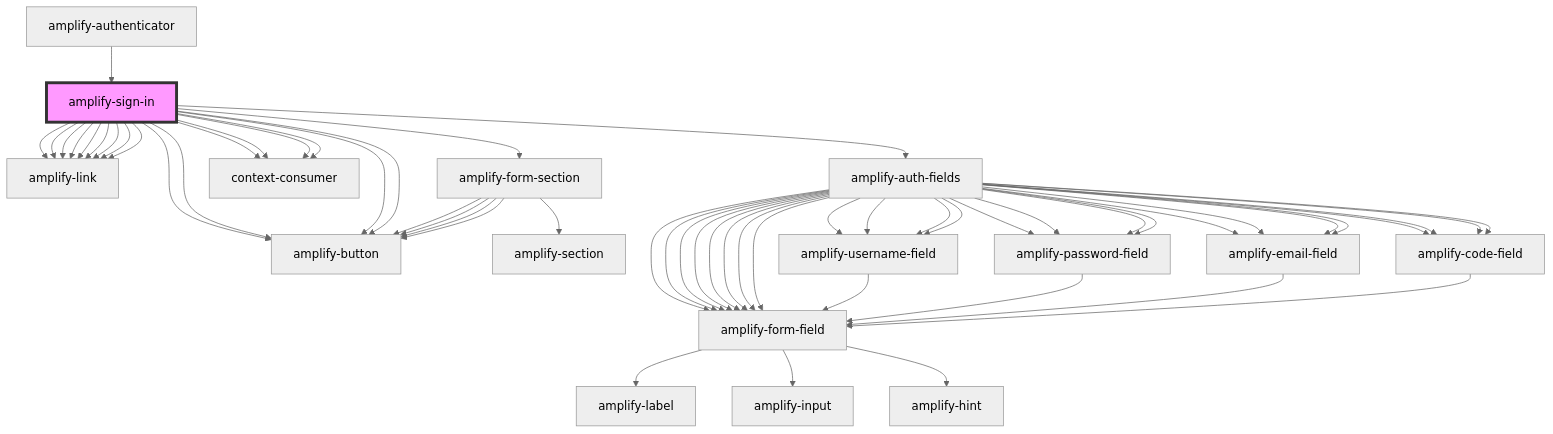
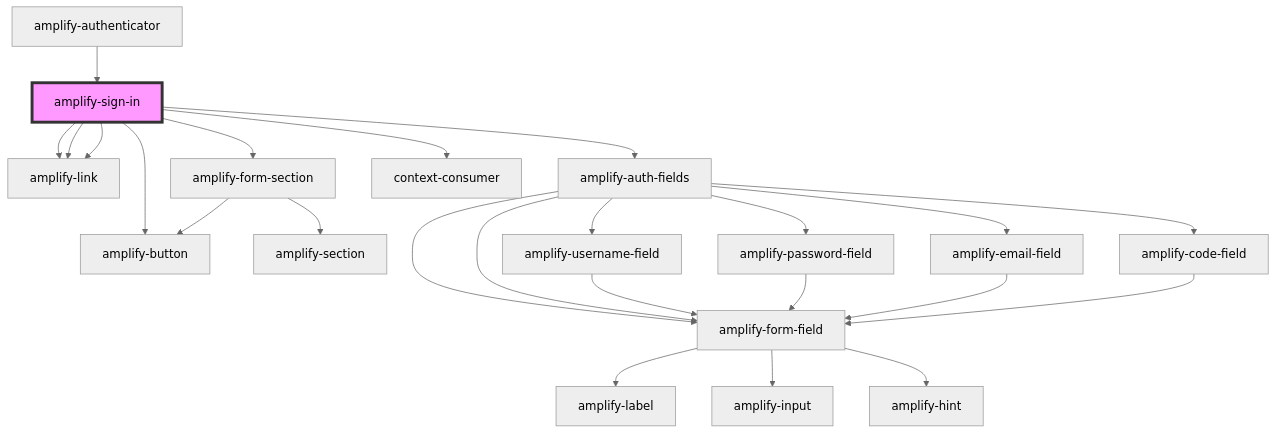
One commit to aws-amplify/amplify-js changed the diagram in packages/amplify-ui-components/src/components/amplify-sign-in/readme.md. Above: the diagram before and after it, drawn with Mermaid (neutral theme). The commit also changed other lines of this file and 4 other files, not shown here.

````diff
--- a/packages/amplify-ui-components/src/components/amplify-sign-in/readme.md
+++ b/packages/amplify-ui-components/src/components/amplify-sign-in/readme.md
@@ -50,60 +38,27 @@
 ```mermaid
 graph TD;
   amplify-sign-in --> amplify-link
   amplify-sign-in --> amplify-form-section
   amplify-sign-in --> amplify-auth-fields
   amplify-sign-in --> amplify-link
   amplify-sign-in --> context-consumer
   amplify-sign-in --> amplify-link
   amplify-sign-in --> amplify-button
-  amplify-sign-in --> amplify-link
-  amplify-sign-in --> context-consumer
-  amplify-sign-in --> amplify-link
-  amplify-sign-in --> amplify-button
-  amplify-sign-in --> amplify-link
-  amplify-sign-in --> context-consumer
-  amplify-sign-in --> amplify-link
-  amplify-sign-in --> amplify-button
-  amplify-sign-in --> amplify-link
-  amplify-sign-in --> context-consumer
-  amplify-sign-in --> amplify-link
-  amplify-sign-in --> amplify-button
   amplify-form-section --> amplify-section
   amplify-form-section --> amplify-button
-  amplify-form-section --> amplify-button
-  amplify-form-section --> amplify-button
-  amplify-form-section --> amplify-button
-  amplify-auth-fields --> amplify-username-field
-  amplify-auth-fields --> amplify-password-field
-  amplify-auth-fields --> amplify-email-field
-  amplify-auth-fields --> amplify-code-field
-  amplify-auth-fields --> amplify-form-field
-  amplify-auth-fields --> amplify-form-field
-  amplify-auth-fields --> amplify-username-field
-  amplify-auth-fields --> amplify-password-field
-  amplify-auth-fields --> amplify-email-field
-  amplify-auth-fields --> amplify-code-field
-  amplify-auth-fields --> amplify-form-field
-  amplify-auth-fields --> amplify-form-field
-  amplify-auth-fields --> amplify-username-field
-  amplify-auth-fields --> amplify-password-field
-  amplify-auth-fields --> amplify-email-field
-  amplify-auth-fields --> amplify-code-field
-  amplify-auth-fields --> amplify-form-field
-  amplify-auth-fields --> amplify-form-field
   amplify-auth-fields --> amplify-username-field
   amplify-auth-fields --> amplify-password-field
   amplify-auth-fields --> amplify-email-field
   amplify-auth-fields --> amplify-code-field
   amplify-auth-fields --> amplify-form-field
   amplify-auth-fields --> amplify-form-field
   amplify-username-field --> amplify-form-field
   amplify-form-field --> amplify-label
   amplify-form-field --> amplify-input
   amplify-form-field --> amplify-hint
   amplify-password-field --> amplify-form-field
   amplify-email-field --> amplify-form-field
   amplify-code-field --> amplify-form-field
   amplify-authenticator --> amplify-sign-in
   style amplify-sign-in fill:#f9f,stroke:#333,stroke-width:4px
 ```
````
